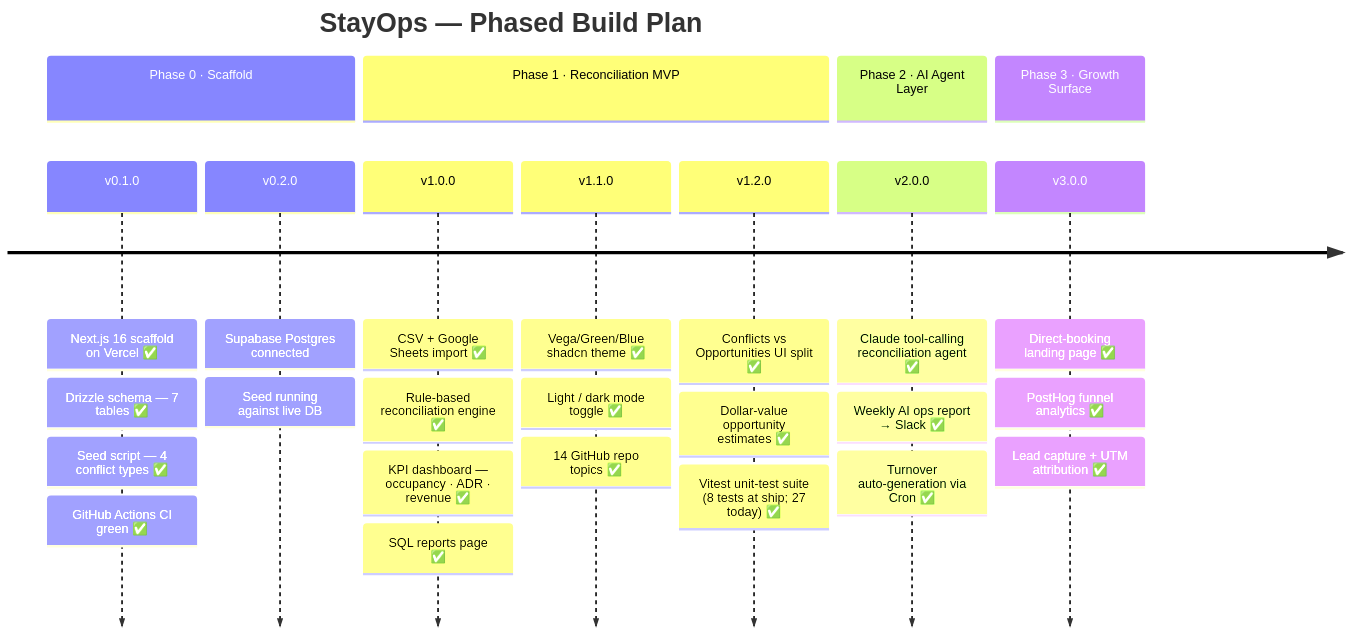
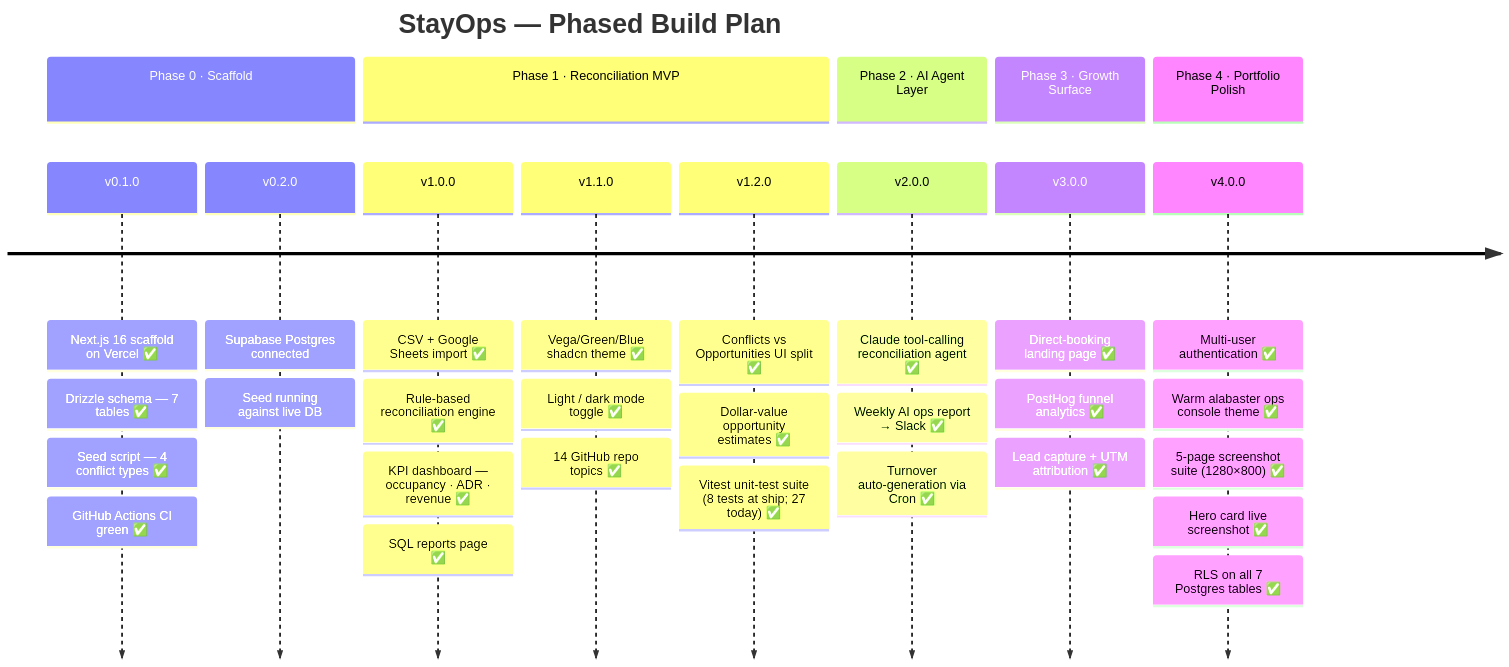
The second of 2 diagrams in README.md (deepan-mehta-analytics/stayops), drawn with Mermaid before and after one commit. The commit also changed other lines of this file, not shown here.

Commit message:
docs: full README sweep — Phase 4 mermaid, v4.0.0 version checklist, Playwright row, tests heading

````diff
--- a/README.md
+++ b/README.md
@@ -576,30 +576,36 @@
 ```mermaid
 timeline
     title StayOps — Phased Build Plan
     section Phase 0 · Scaffold
         v0.1.0 : Next.js 16 scaffold on Vercel ✅
                : Drizzle schema — 7 tables ✅
                : Seed script — 4 conflict types ✅
                : GitHub Actions CI green ✅
         v0.2.0 : Supabase Postgres connected
                : Seed running against live DB
     section Phase 1 · Reconciliation MVP
         v1.0.0 : CSV + Google Sheets import ✅
                : Rule-based reconciliation engine ✅
                : KPI dashboard — occupancy · ADR · revenue ✅
                : SQL reports page ✅
         v1.1.0 : Vega/Green/Blue shadcn theme ✅
                : Light / dark mode toggle ✅
                : 14 GitHub repo topics ✅
         v1.2.0 : Conflicts vs Opportunities UI split ✅
                : Dollar-value opportunity estimates ✅
                : Vitest unit-test suite (8 tests at ship; 27 today) ✅
     section Phase 2 · AI Agent Layer
         v2.0.0 : Claude tool-calling reconciliation agent ✅
                : Weekly AI ops report → Slack ✅
                : Turnover auto-generation via Cron ✅
     section Phase 3 · Growth Surface
         v3.0.0 : Direct-booking landing page ✅
                : PostHog funnel analytics ✅
                : Lead capture + UTM attribution ✅
+    section Phase 4 · Portfolio Polish
+        v4.0.0 : Multi-user authentication ✅
+               : Warm alabaster ops console theme ✅
+               : 5-page screenshot suite (1280×800) ✅
+               : Hero card live screenshot ✅
+               : RLS on all 7 Postgres tables ✅
 ```
````
